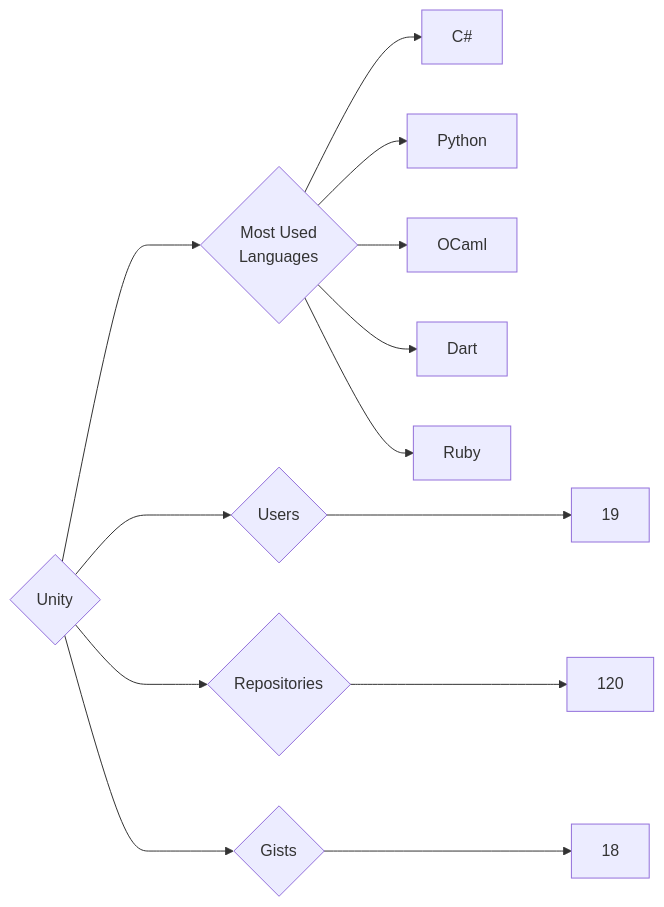
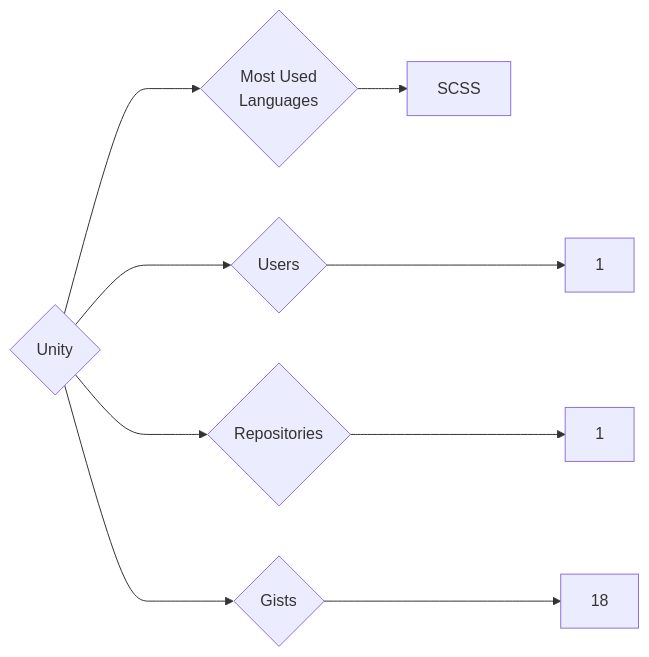
One commit to trickest/insiders changed the diagram in targets/Unity/README.md. Above: the diagram before and after it, drawn with Mermaid. The commit also changed 796 other files, not shown here.

````diff
--- a/targets/Unity/README.md
+++ b/targets/Unity/README.md
@@ -3,13 +3,9 @@
 ```mermaid
 graph LR
 COMPANY_NAME{Unity}
-COMPANY_NAME ---> U{Users} ---> UN[19]
-COMPANY_NAME ---> R{Repositories} ---> RN[120]
+COMPANY_NAME ---> U{Users} ---> UN[1]
+COMPANY_NAME ---> R{Repositories} ---> RN[1]
 COMPANY_NAME ---> G{Gists} ---> GN[18]
 COMPANY_NAME ---> ML{Most Used<br>Languages}
-ML --> C#[C#]
-ML --> Python[Python]
-ML --> OCaml[OCaml]
-ML --> Dart[Dart]
-ML --> Ruby[Ruby]
+ML --> SCSS[SCSS]
 ```
````
